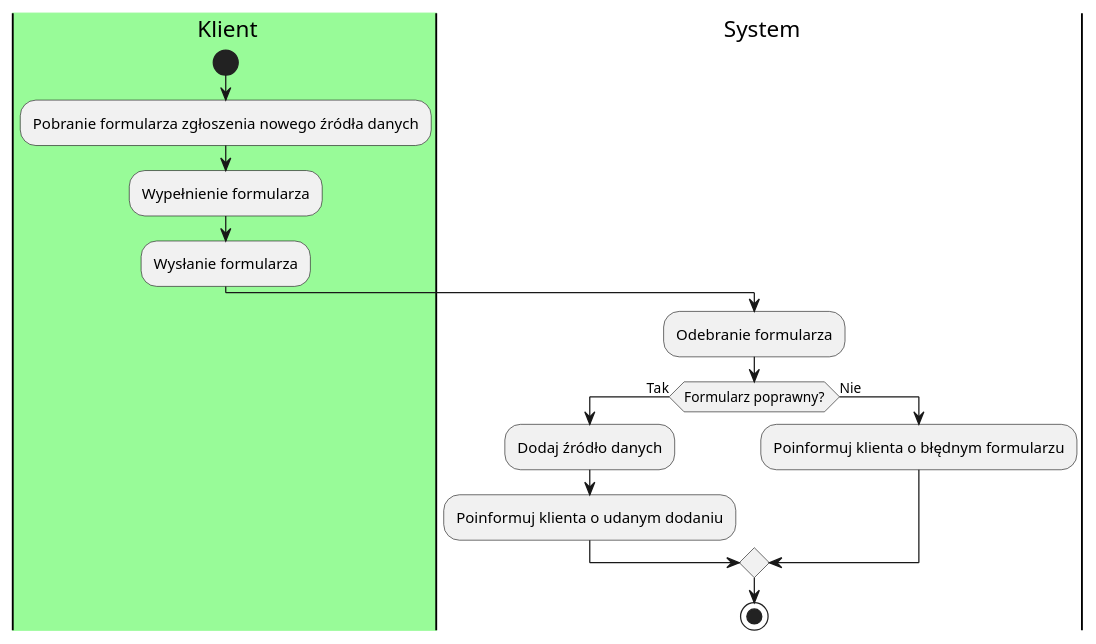
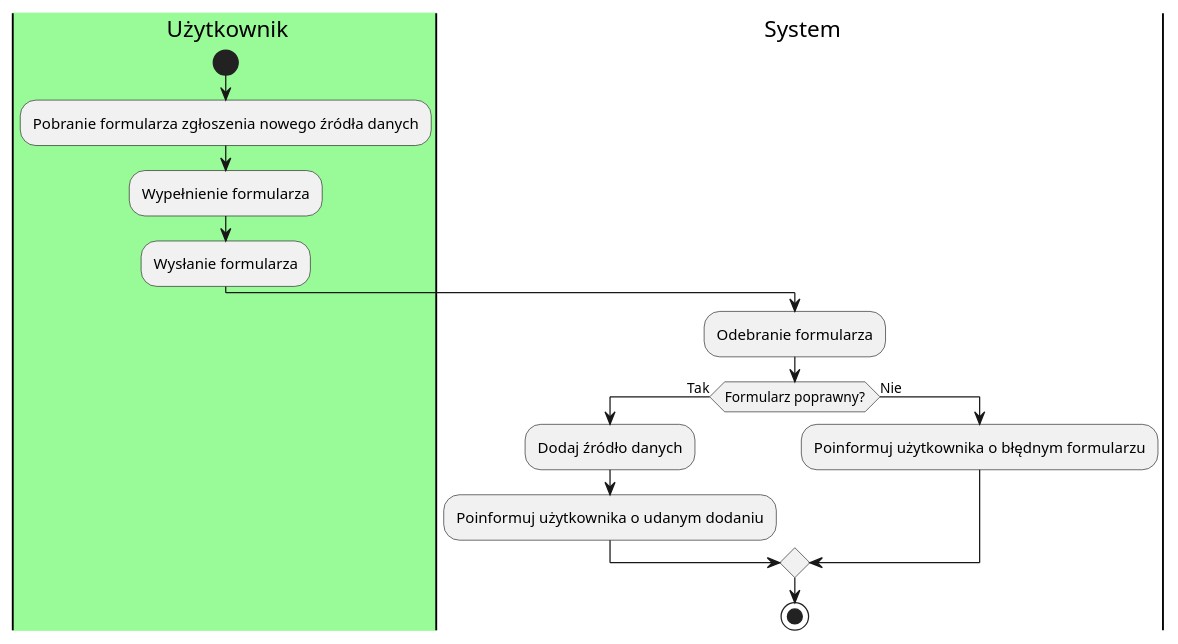
One commit to aleksanderpiluk/IWO changed the diagram in dokumentacja/specyfikacja.wymagan/2.opis.biznesu/procesy.biznesowe/procesy/PB0009.puml. Above: the diagram before and after it, drawn with PlantUML. The commit also changed 1 other file, not shown here.

Commit message:
Uzytkownik zamiast klient

```diff
--- a/dokumentacja/specyfikacja.wymagan/2.opis.biznesu/procesy.biznesowe/procesy/PB0009.puml
+++ b/dokumentacja/specyfikacja.wymagan/2.opis.biznesu/procesy.biznesowe/procesy/PB0009.puml
@@ -1,21 +1,21 @@
 @startuml
 
-|#palegreen|k| Klient
+|#palegreen|u| Użytkownik
 |s| System
-|k|
+|u|
 start
 :Pobranie formularza zgłoszenia nowego źródła danych;
 :Wypełnienie formularza;
 :Wysłanie formularza;
 |s|
 :Odebranie formularza;
 if (Formularz poprawny?) then (Tak)
   :Dodaj źródło danych;
-  :Poinformuj klienta o udanym dodaniu;
+  :Poinformuj użytkownika o udanym dodaniu;
 else (Nie)
-  :Poinformuj klienta o błędnym formularzu;
+  :Poinformuj użytkownika o błędnym formularzu;
 endif
 
 
 stop
 @enduml
```
